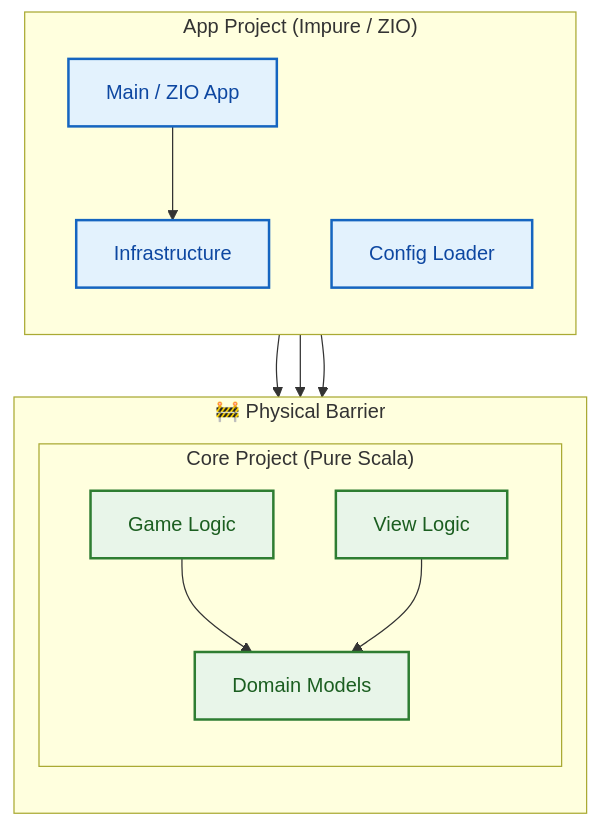
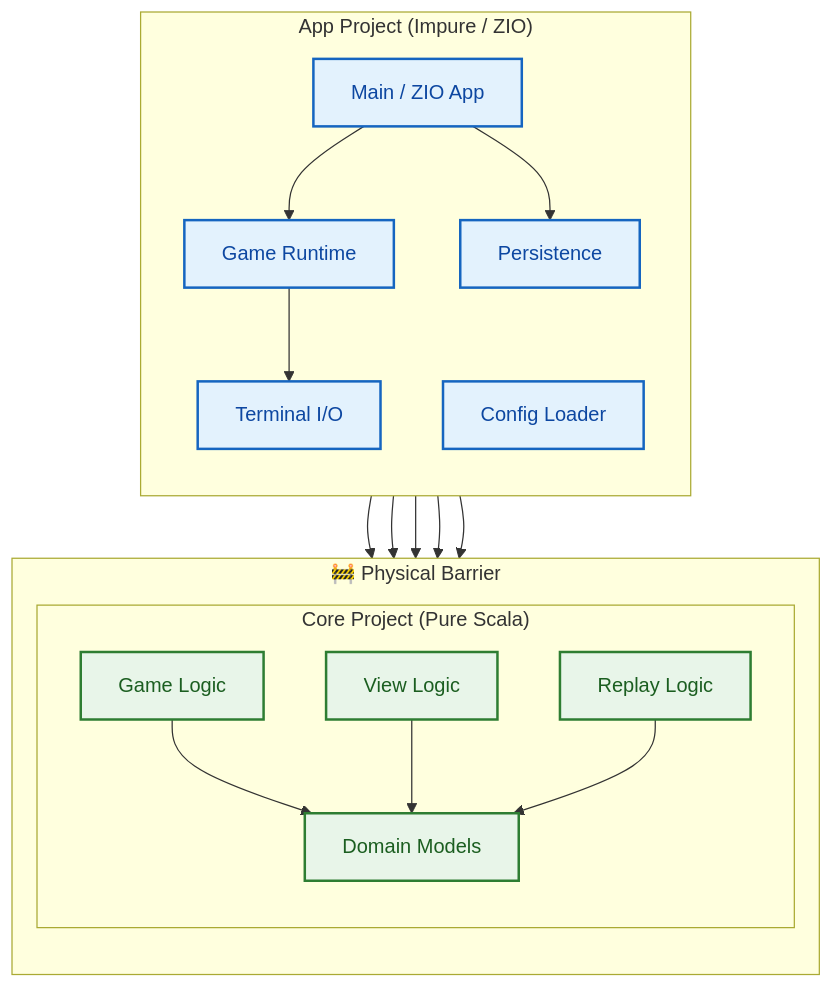
One commit to fffclaypool/monadris changed the second of 3 diagrams in README.md. Above: the diagram before and after it, drawn with Mermaid. The commit also changed other lines of this file and 11 other files, not shown here.

````diff
--- a/README.md
+++ b/README.md
@@ -66,30 +67,38 @@
 ```mermaid
 graph TD
     %% Styles
     classDef pure fill:#e8f5e9,stroke:#2e7d32,stroke-width:2px,color:#1b5e20;
     classDef impure fill:#e3f2fd,stroke:#1565c0,stroke-width:2px,color:#0d47a1;
     classDef boundary fill:none,stroke:#90a4ae,stroke-width:2px,stroke-dasharray: 5 5;
 
     subgraph AppProject ["App Project (Impure / ZIO)"]
         direction TB
         Main["Main / ZIO App"]:::impure
-        Infra["Infrastructure"]:::impure
+        GameInfra["Game Runtime"]:::impure
+        Terminal["Terminal I/O"]:::impure
+        Persistence["Persistence"]:::impure
         ConfigLoader["Config Loader"]:::impure
     end
 
     subgraph Boundary ["🚧 Physical Barrier"]
         direction TB
         subgraph CoreProject ["Core Project (Pure Scala)"]
             Logic["Game Logic"]:::pure
             Domain["Domain Models"]:::pure
             View["View Logic"]:::pure
+            Replay["Replay Logic"]:::pure
         end
     end
 
-    Main --> Infra
-    Infra --> Logic
-    Infra --> View
+    Main --> GameInfra
+    Main --> Persistence
+    GameInfra --> Logic
+    GameInfra --> Terminal
+    GameInfra --> Replay
+    Terminal --> View
+    Persistence --> Replay
     Logic --> Domain
     View --> Domain
+    Replay --> Domain
     ConfigLoader --> Domain
 ```
````
